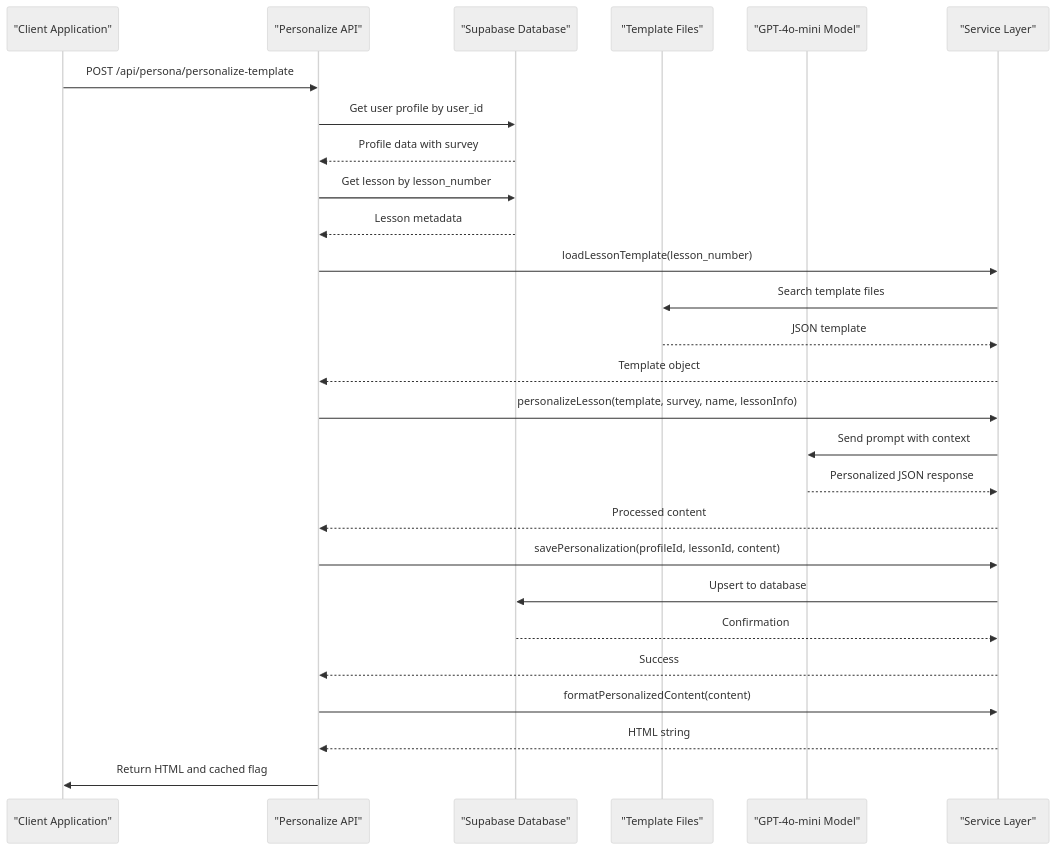
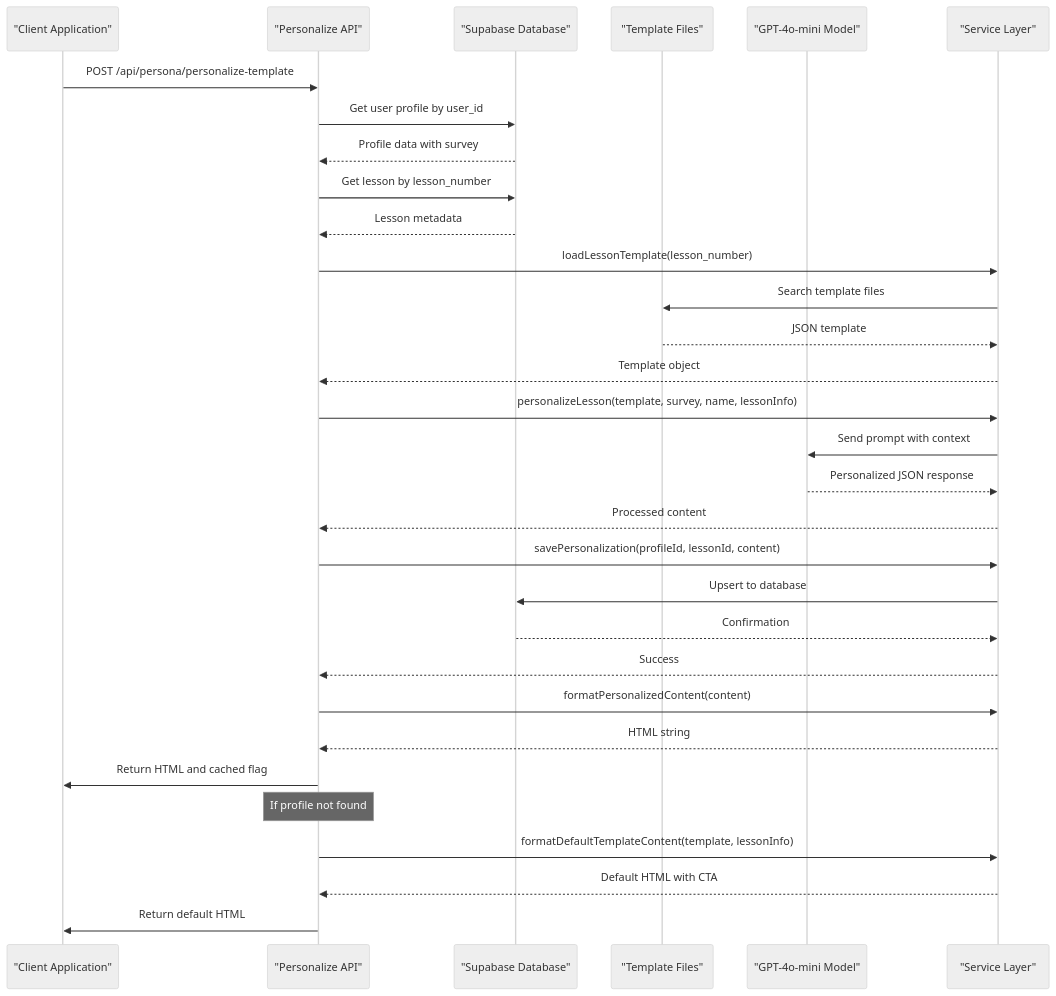
The first of 5 diagrams in .qoder/repowiki/en/content/Personalization Engine/Personalization Engine.md (lommaks777/pesonalisev2), drawn with Mermaid (neutral theme) before and after one commit. The commit also changed other lines of this file and 16 other files, not shown here.

First line of the commit message:
feat(api): add CORS support and default template fallback for persona endpoints

````diff
--- a/.qoder/repowiki/en/content/Personalization Engine/Personalization Engine.md
+++ b/.qoder/repowiki/en/content/Personalization Engine/Personalization Engine.md
@@ -52,29 +59,33 @@
 ```mermaid
 sequenceDiagram
 participant Client as "Client Application"
 participant API as "Personalize API"
 participant Supabase as "Supabase Database"
 participant FileSystem as "Template Files"
 participant OpenAI as "GPT-4o-mini Model"
 participant Services as "Service Layer"
 Client->>API : POST /api/persona/personalize-template
 API->>Supabase : Get user profile by user_id
 Supabase-->>API : Profile data with survey
 API->>Supabase : Get lesson by lesson_number
 Supabase-->>API : Lesson metadata
 API->>Services : loadLessonTemplate(lesson_number)
 Services->>FileSystem : Search template files
 FileSystem-->>Services : JSON template
 Services-->>API : Template object
 API->>Services : personalizeLesson(template, survey, name, lessonInfo)
 Services->>OpenAI : Send prompt with context
 OpenAI-->>Services : Personalized JSON response
 Services-->>API : Processed content
 API->>Services : savePersonalization(profileId, lessonId, content)
 Services->>Supabase : Upsert to database
 Supabase-->>Services : Confirmation
 Services-->>API : Success
 API->>Services : formatPersonalizedContent(content)
 Services-->>API : HTML string
 API->>Client : Return HTML and cached flag
+Note over API : If profile not found
+API->>Services : formatDefaultTemplateContent(template, lessonInfo)
+Services-->>API : Default HTML with CTA
+API->>Client : Return default HTML
 ```
````
